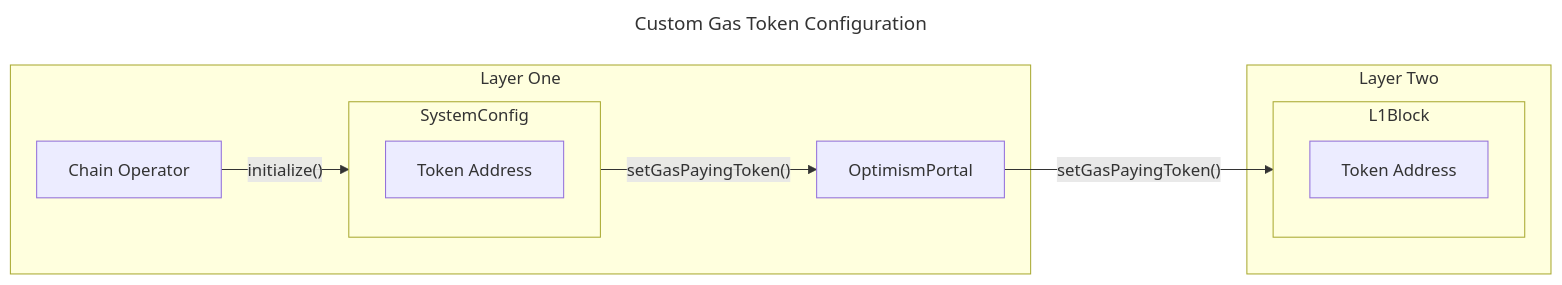
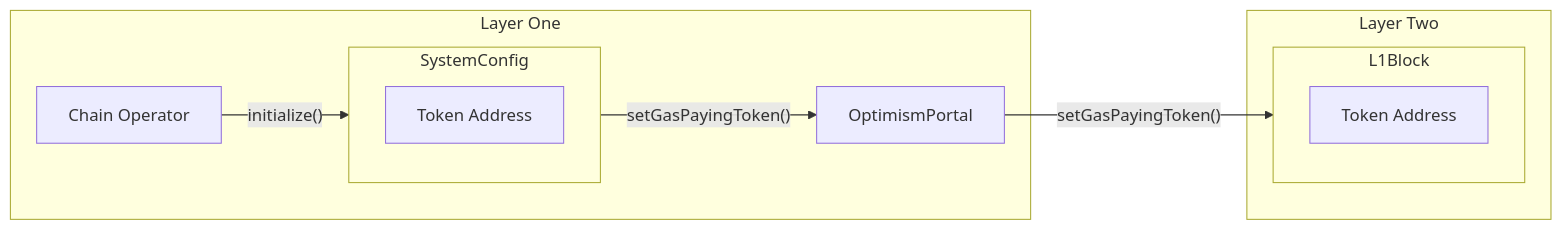
One commit to ethereum-optimism/specs changed the first of 2 diagrams in specs/experimental/custom-gas-token.md. Above: the diagram before and after it, drawn with Mermaid. The commit also changed other lines of this file, not shown here.

Commit message:
Update custom-gas-token.md
Remove `title` for `mermaid` since it's not supported

````diff
--- a/specs/experimental/custom-gas-token.md
+++ b/specs/experimental/custom-gas-token.md
@@ -122,21 +122,18 @@
 ```mermaid
----
-title: Custom Gas Token Configuration
----
 flowchart LR
     subgraph Layer One
         OP[OptimismPortal]
         subgraph SystemConfig
           TA1[Token Address]
         end
         CO[Chain Operator] -->|"initialize()"| SystemConfig
         SystemConfig -->|"setGasPayingToken()"| OP
     end
 
     subgraph Layer Two
         subgraph L1Block
           TA2[Token Address]
         end
     end
     OP -->|"setGasPayingToken()"| L1Block
 ```
````
